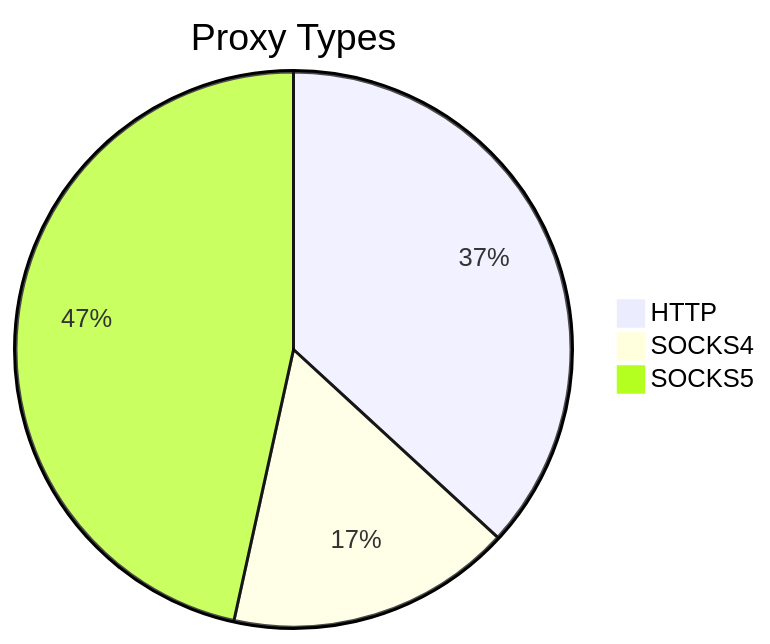
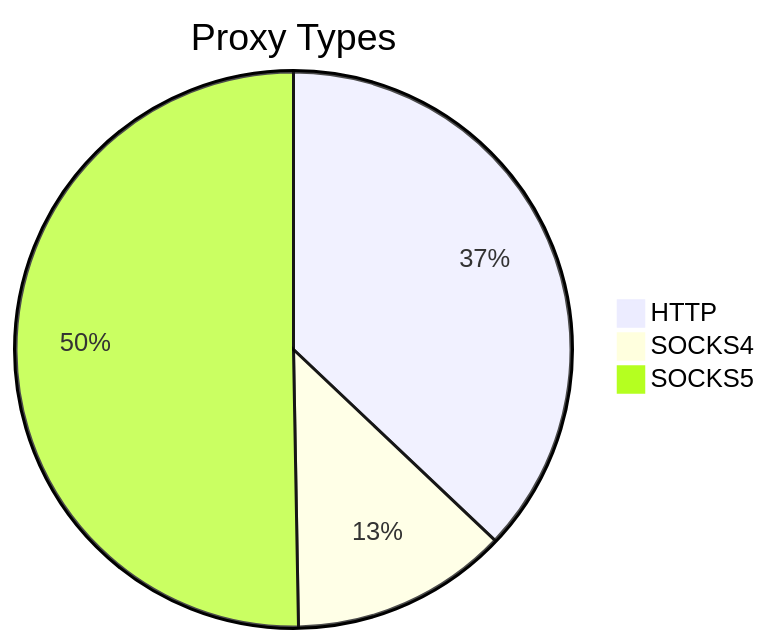
The first of 2 diagrams in README.md (stormsia/proxy-list), drawn with Mermaid before and after one commit. The commit also changed other lines of this file, not shown here.

````diff
--- a/README.md
+++ b/README.md
@@ -21,6 +21,6 @@
 ```mermaid
 pie title Proxy Types
-    "HTTP" : 182
-    "SOCKS4" : 82
-    "SOCKS5" : 230
+    "HTTP" : 129
+    "SOCKS4" : 44
+    "SOCKS5" : 175
 ```
````
